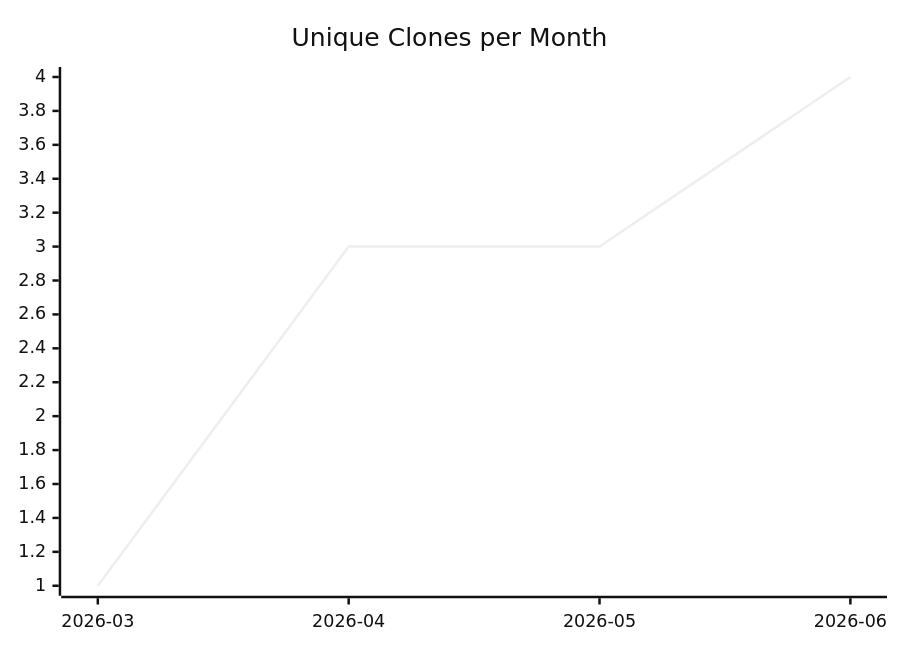
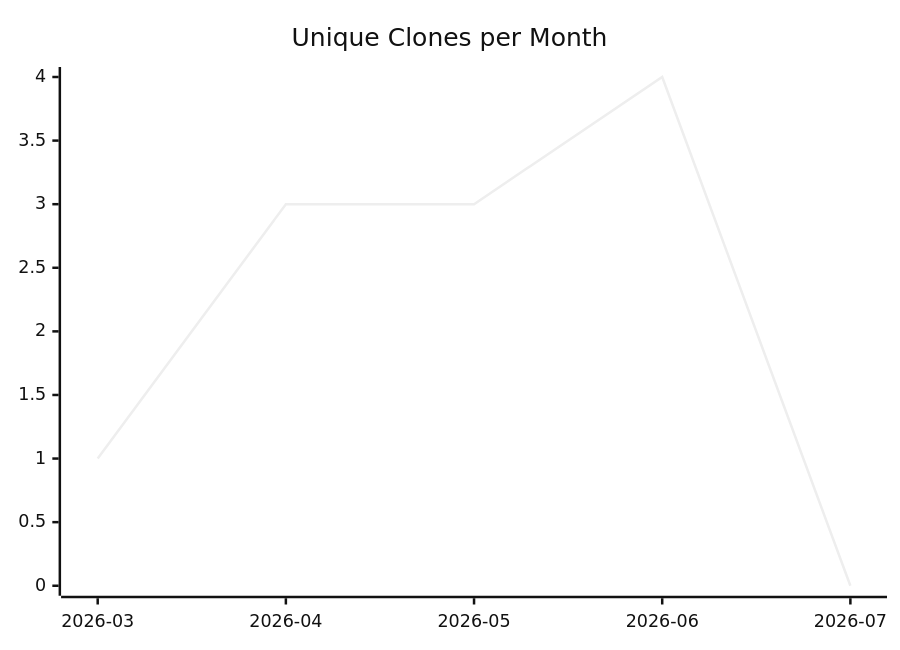
Before and after one commit to justdavis-family/github-analytics-data: the third of 3 diagrams in karlmdavis/ansible-jenkins/README.md, drawn with Mermaid (neutral theme). The commit also changed other lines of this file and 199 other files, not shown here.

````diff
--- a/karlmdavis/ansible-jenkins/README.md
+++ b/karlmdavis/ansible-jenkins/README.md
@@ -19,6 +19,6 @@
 ```mermaid
 xychart-beta
   title "Unique Clones per Month"
-  x-axis ["2026-03", "2026-04", "2026-05", "2026-06"]
-  line [1, 3, 3, 4]
+  x-axis ["2026-03", "2026-04", "2026-05", "2026-06", "2026-07"]
+  line [1, 3, 3, 4, 0]
 ```
````
